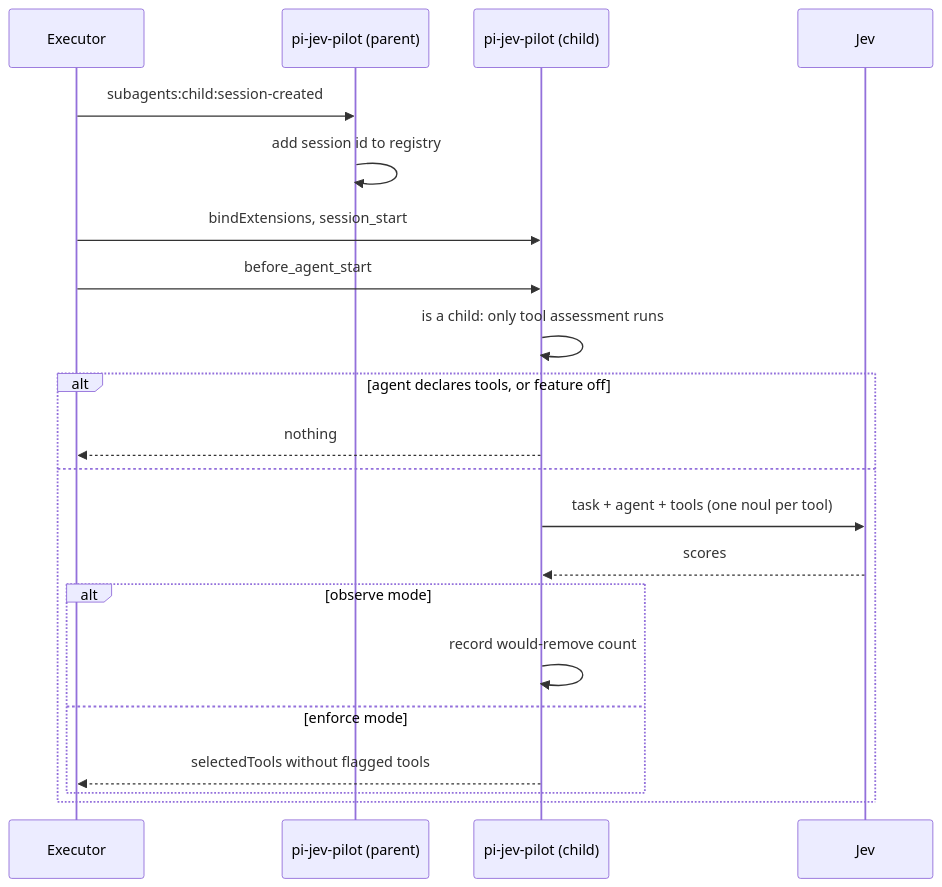
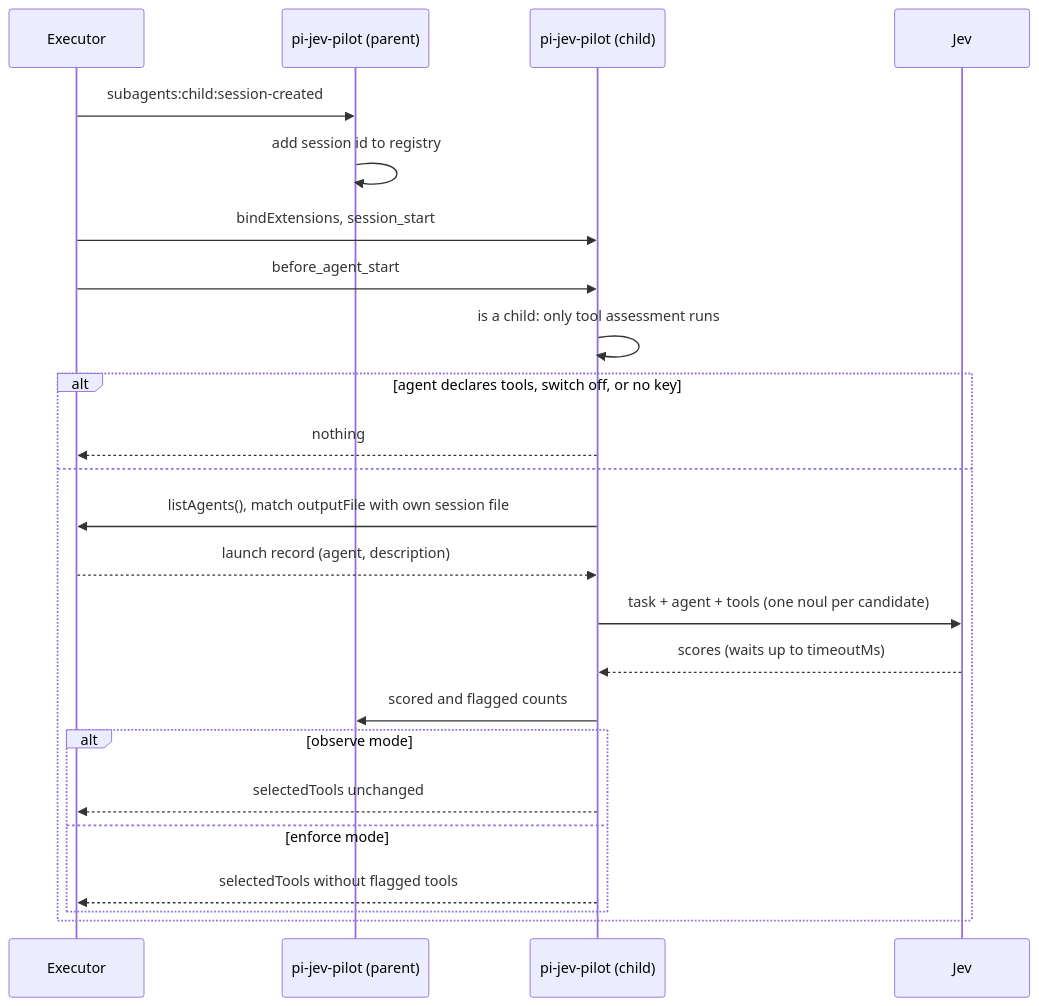
One commit to ttdua/pi-jev-pilot changed the third of 5 diagrams in docs/workflow.md. Above: the diagram before and after it, drawn with Mermaid. The commit also changed other lines of this file and 7 other files, not shown here.

Commit message:
docs(tool-assessment): contract, workflow, evidence and roadmap

````diff
--- a/docs/workflow.md
+++ b/docs/workflow.md
@@ -104,24 +104,27 @@
 ```mermaid
 sequenceDiagram
     participant E as Executor
     participant X as pi-jev-pilot (parent)
     participant C as pi-jev-pilot (child)
     participant J as Jev
 
     E->>X: subagents:child:session-created
     X->>X: add session id to registry
     E->>C: bindExtensions, session_start
     E->>C: before_agent_start
     C->>C: is a child: only tool assessment runs
-    alt agent declares tools, or feature off
+    alt agent declares tools, switch off, or no key
         C-->>E: nothing
     else
-        C->>J: task + agent + tools (one noul per tool)
-        J-->>C: scores
+        C->>E: listAgents(), match outputFile with own session file
+        E-->>C: launch record (agent, description)
+        C->>J: task + agent + tools (one noul per candidate)
+        J-->>C: scores (waits up to timeoutMs)
+        C->>X: scored and flagged counts
         alt observe mode
-            C->>C: record would-remove count
+            C-->>E: selectedTools unchanged
         else enforce mode
             C-->>E: selectedTools without flagged tools
         end
     end
 ```
````
